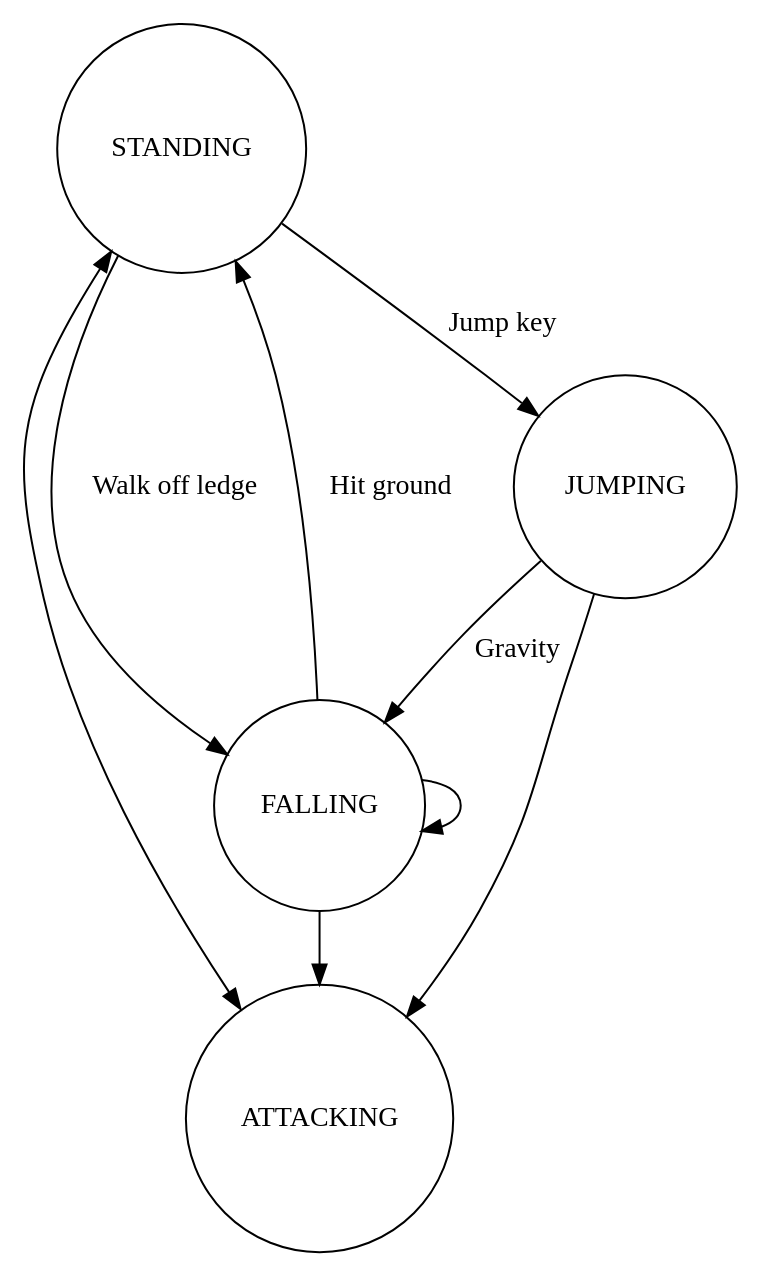
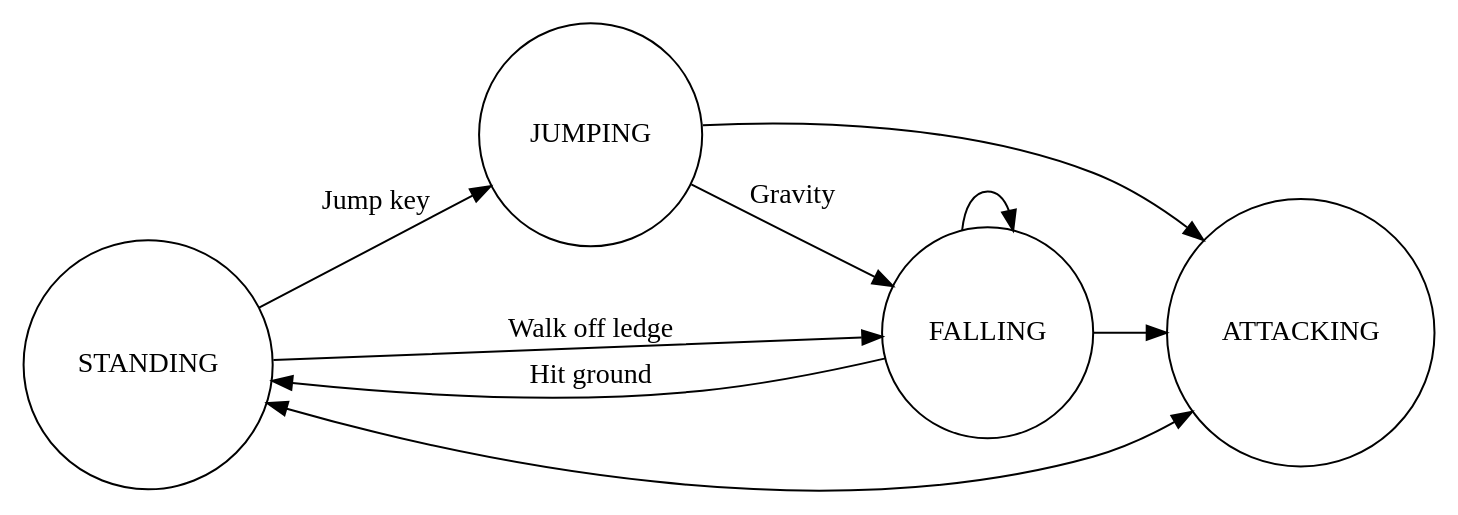
The diagram in statemachine/graphics/bad_fsm.gv (dirak/videos), drawn with Graphviz before and after one commit. The commit also changed 1 other file, not shown here.

Commit message:
update to the graphics

```diff
--- a/statemachine/graphics/bad_fsm.gv
+++ b/statemachine/graphics/bad_fsm.gv
@@ -1,14 +1,17 @@
 digraph finite_state_machine {
+		rankdir=LR;
+		splines=true
+		overlap=scalexy;
     node [shape = circle label = "STANDING" ]; S
 		node [shape = circle label = "FALLING"  ]; F
 		node [shape = circle label = "JUMPING"  ]; J
 		node [shape = circle label = "ATTACKING"  ]; A
 		S -> J [ label = "Jump key" ]
 		S -> F [ label = "Walk off ledge" ]
 		F -> S [ label = "Hit ground" ]
 		J -> F [ label = "Gravity" ]
 		F -> F
 		S -> A [ dir = "both" ]
 		F -> A
 		J -> A 
 }
```
